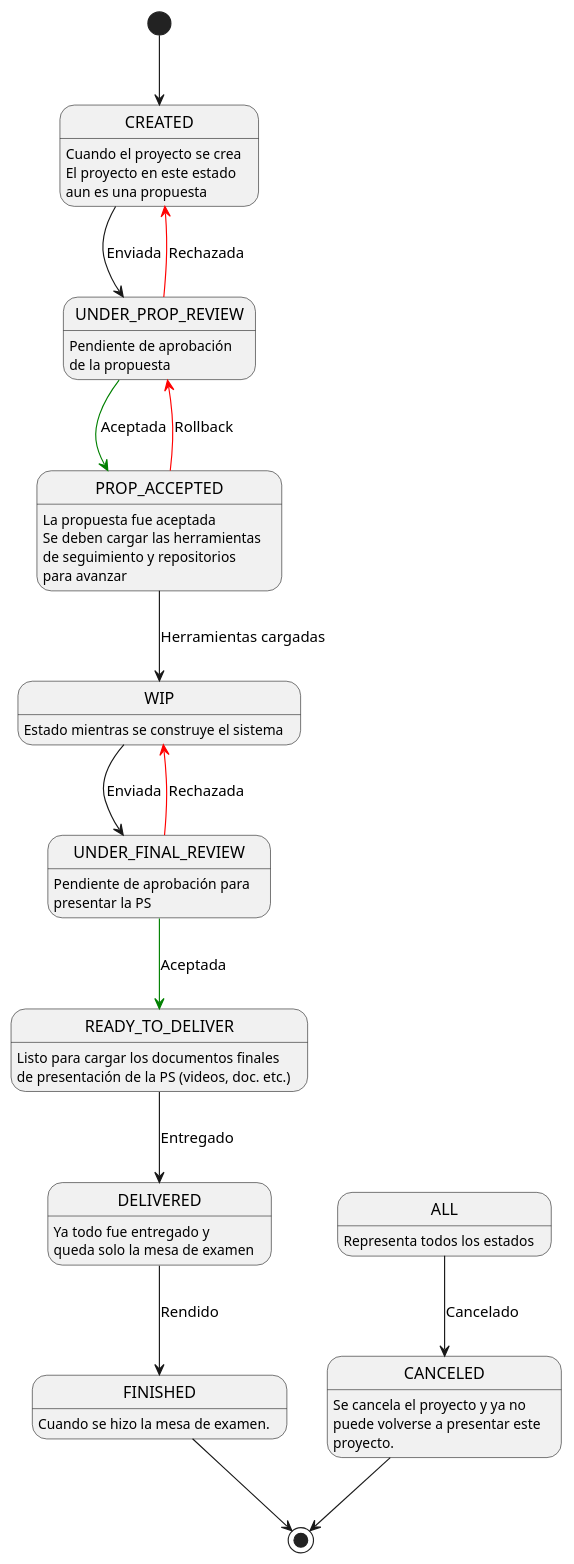
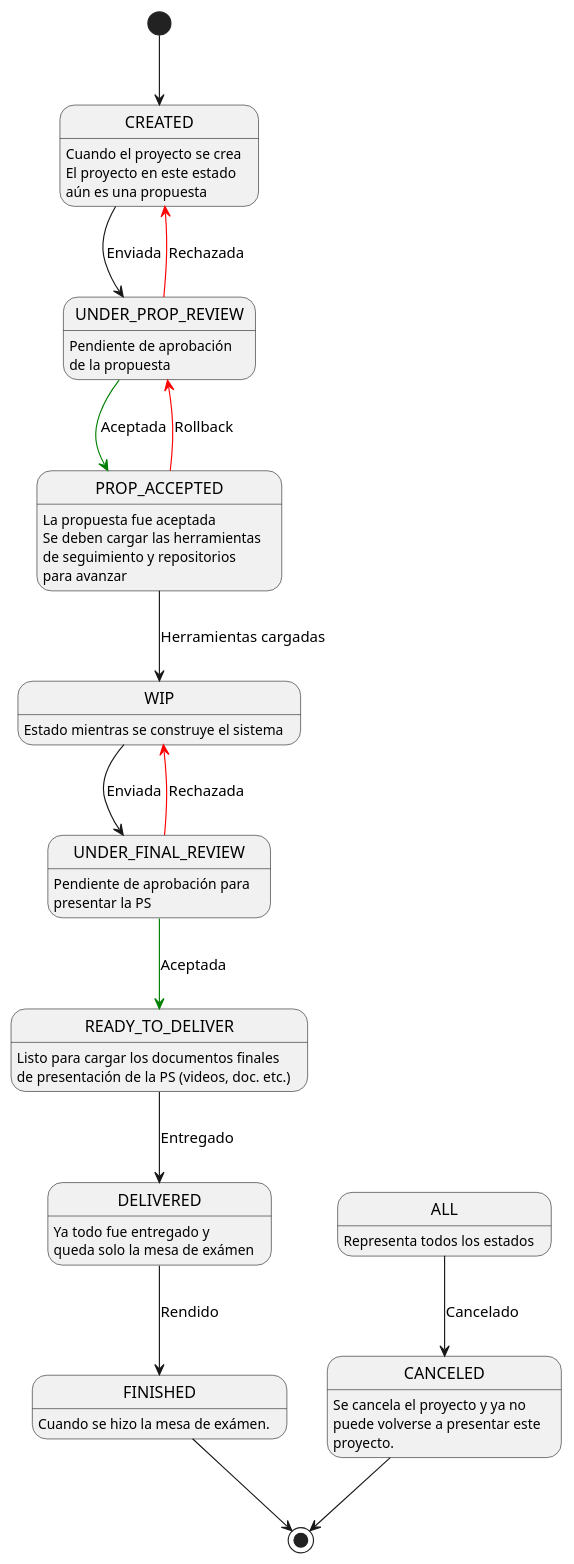
One commit to 14473HJM/ps_be changed the diagram in docs/doc/_diagrams/projectStatusDiagram.puml. Above: the diagram before and after it, drawn with PlantUML. The commit also changed 1 other file, not shown here.

```diff
--- a/docs/doc/_diagrams/projectStatusDiagram.puml
+++ b/docs/doc/_diagrams/projectStatusDiagram.puml
@@ -1,31 +1,31 @@
 @startuml
 
 [*] --> CREATED
 CREATED --> UNDER_PROP_REVIEW : Enviada
 UNDER_PROP_REVIEW -[#green]-> PROP_ACCEPTED : Aceptada
 UNDER_PROP_REVIEW -[#red]-> CREATED : Rechazada
 PROP_ACCEPTED --> WIP : Herramientas cargadas
 PROP_ACCEPTED -[#red]-> UNDER_PROP_REVIEW : Rollback
 WIP --> UNDER_FINAL_REVIEW : Enviada
 UNDER_FINAL_REVIEW -[#green]-> READY_TO_DELIVER : Aceptada
 UNDER_FINAL_REVIEW -[#red]-> WIP : Rechazada
 READY_TO_DELIVER --> DELIVERED: Entregado
 DELIVERED --> FINISHED : Rendido
 FINISHED --> [*]
 
 ALL --> CANCELED : Cancelado
 CANCELED --> [*]
 
 CREATED: Cuando el proyecto se crea
-CREATED : El proyecto en este estado \naun es una propuesta
+CREATED : El proyecto en este estado \naún es una propuesta
 UNDER_PROP_REVIEW: Pendiente de aprobación \nde la propuesta
 PROP_ACCEPTED: La propuesta fue aceptada
 PROP_ACCEPTED: Se deben cargar las herramientas \nde seguimiento y repositorios \npara avanzar
 WIP: Estado mientras se construye el sistema
 UNDER_FINAL_REVIEW: Pendiente de aprobación para \npresentar la PS
 READY_TO_DELIVER: Listo para cargar los documentos finales \nde presentación de la PS (videos, doc. etc.)
-DELIVERED: Ya todo fue entregado y \nqueda solo la mesa de examen
-FINISHED: Cuando se hizo la mesa de examen.
+DELIVERED: Ya todo fue entregado y \nqueda solo la mesa de exámen
+FINISHED: Cuando se hizo la mesa de exámen.
 ALL: Representa todos los estados
 CANCELED: Se cancela el proyecto y ya no \npuede volverse a presentar este \nproyecto.
 @enduml
```
